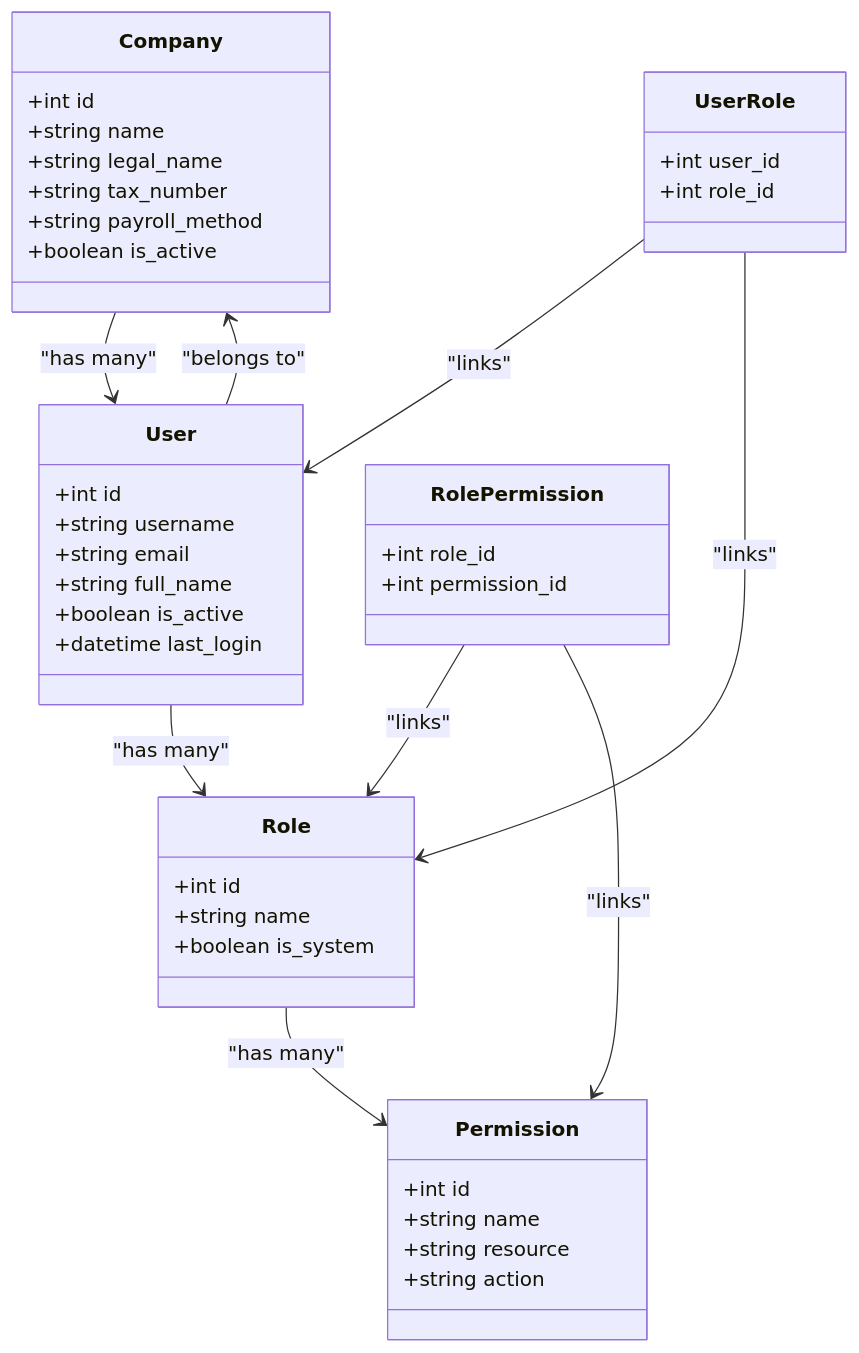
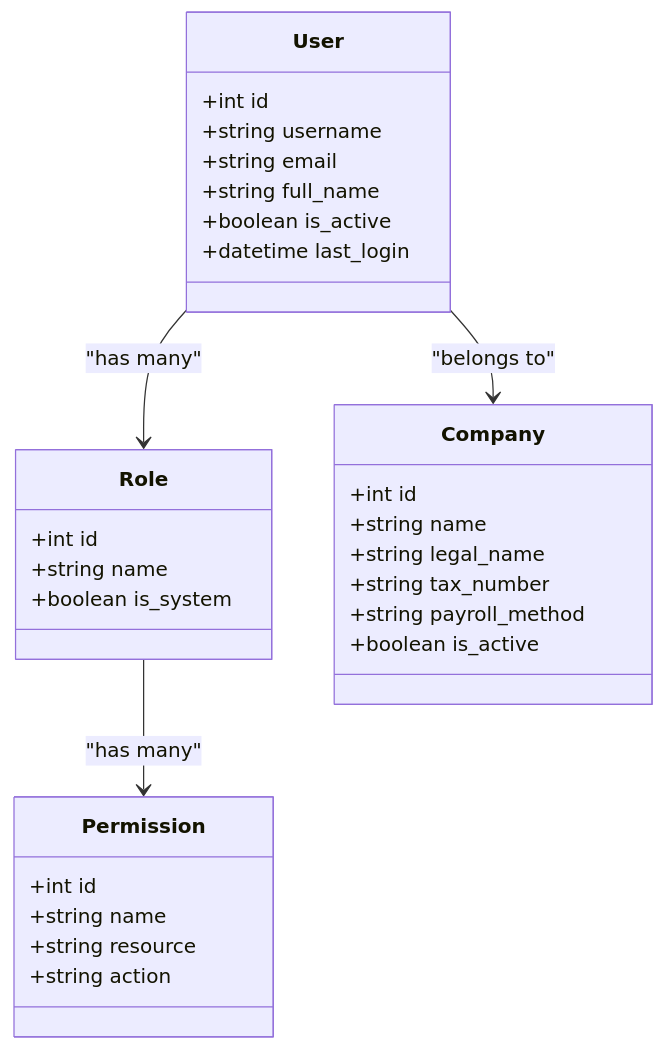
The third of 8 diagrams in .qoder/repowiki/en/content/API Reference.md (bikinaplikasipakeqoder-dot/payroll-hris), drawn with Mermaid before and after one commit. The commit also changed other lines of this file and 22 other files, not shown here.

````diff
--- a/.qoder/repowiki/en/content/API Reference.md
+++ b/.qoder/repowiki/en/content/API Reference.md
@@ -150,46 +172,33 @@
 ```mermaid
 classDiagram
-class Company {
+class User {
 +int id
-+string name
-+string legal_name
-+string tax_number
-+string payroll_method
++string username
++string email
++string full_name
 +boolean is_active
++datetime last_login
 }
 class Role {
 +int id
 +string name
 +boolean is_system
 }
 class Permission {
 +int id
 +string name
 +string resource
 +string action
 }
-class User {
+class Company {
 +int id
-+string username
-+string email
-+string full_name
++string name
++string legal_name
++string tax_number
++string payroll_method
 +boolean is_active
-+datetime last_login
 }
-class UserRole {
-+int user_id
-+int role_id
-}
-class RolePermission {
-+int role_id
-+int permission_id
-}
+User --> Role : "has many"
 Role --> Permission : "has many"
-User --> Role : "has many"
-UserRole --> User : "links"
-UserRole --> Role : "links"
-RolePermission --> Role : "links"
-RolePermission --> Permission : "links"
 User --> Company : "belongs to"
-Company --> User : "has many"
 ```
````
